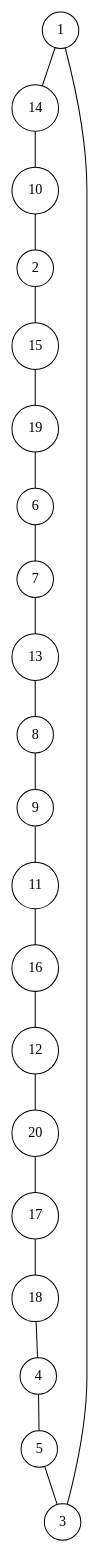
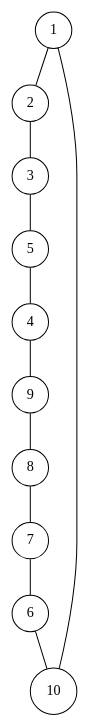
Before and after one commit to lugot/tsp-approximation: the diagram in data_generated/random1792309082/random1792309082.1.dot, drawn with Graphviz. The commit also changed 69 other files, not shown here.

```diff
--- a/data_generated/random1792309082/random1792309082.1.dot
+++ b/data_generated/random1792309082/random1792309082.1.dot
@@ -1,44 +1,24 @@
 graph random1792309082 {
 	node [shape=circle fillcolor=white]
-	1 [ pos = "0.347767,8.983774!"]
-	2 [ pos = "3.776019,9.848221!"]
-	3 [ pos = "2.567106,13.286088!"]
-	4 [ pos = "11.895750,15.167412!"]
-	5 [ pos = "3.639321,16.145442!"]
-	6 [ pos = "6.946211,6.156252!"]
-	7 [ pos = "8.564624,3.885914!"]
-	8 [ pos = "16.408760,1.896069!"]
-	9 [ pos = "18.906949,5.511597!"]
-	10 [ pos = "2.568263,7.363671!"]
-	11 [ pos = "16.183388,9.366942!"]
-	12 [ pos = "13.080109,11.547133!"]
-	13 [ pos = "13.928165,4.348431!"]
-	14 [ pos = "0.875267,6.350753!"]
-	15 [ pos = "7.219288,8.449119!"]
-	16 [ pos = "13.276972,7.567055!"]
-	17 [ pos = "17.432894,17.052991!"]
-	18 [ pos = "17.415276,20.000000!"]
-	19 [ pos = "8.582202,7.554148!"]
-	20 [ pos = "13.410534,12.221523!"]
+	1 [ pos = "0.091968,2.375786!"]
+	2 [ pos = "0.998580,2.604392!"]
+	3 [ pos = "0.678879,3.513546!"]
+	4 [ pos = "3.145867,4.011068!"]
+	5 [ pos = "0.962430,4.269711!"]
+	6 [ pos = "1.836947,1.628039!"]
+	7 [ pos = "2.264941,1.027642!"]
+	8 [ pos = "4.339346,0.501421!"]
+	9 [ pos = "5.000000,1.457559!"]
+	10 [ pos = "0.679185,1.947345!"]
 
-	1 -- 14
-	2 -- 15
-	3 -- 1
-	4 -- 5
-	5 -- 3
-	6 -- 7
-	7 -- 13
-	8 -- 9
-	9 -- 11
-	10 -- 2
-	11 -- 16
-	12 -- 20
-	13 -- 8
-	14 -- 10
-	15 -- 19
-	16 -- 12
-	17 -- 18
-	18 -- 4
-	19 -- 6
-	20 -- 17
+	1 -- 2
+	2 -- 3
+	3 -- 5
+	4 -- 9
+	5 -- 4
+	6 -- 10
+	7 -- 6
+	8 -- 7
+	9 -- 8
+	10 -- 1
 }
```
